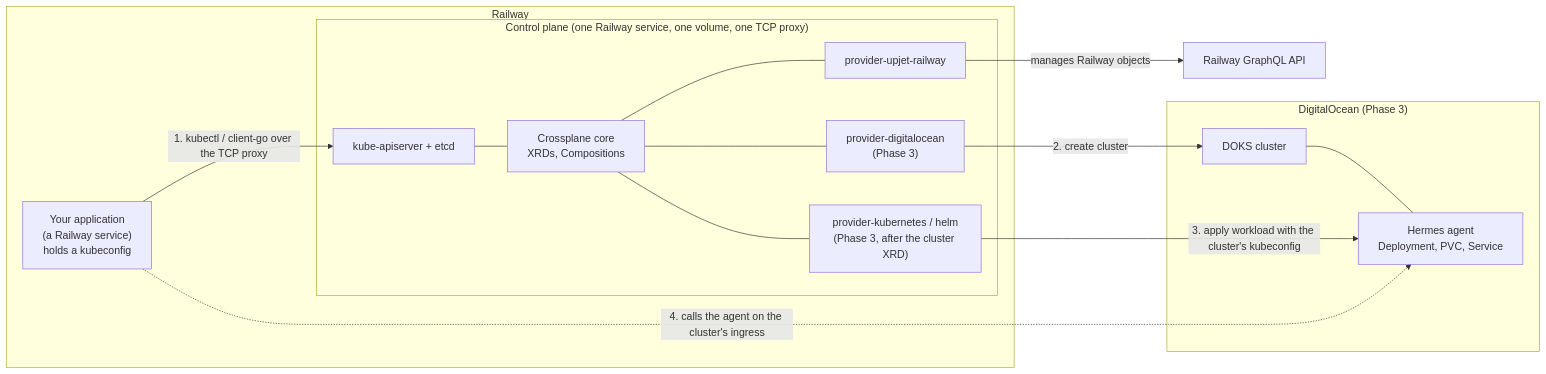
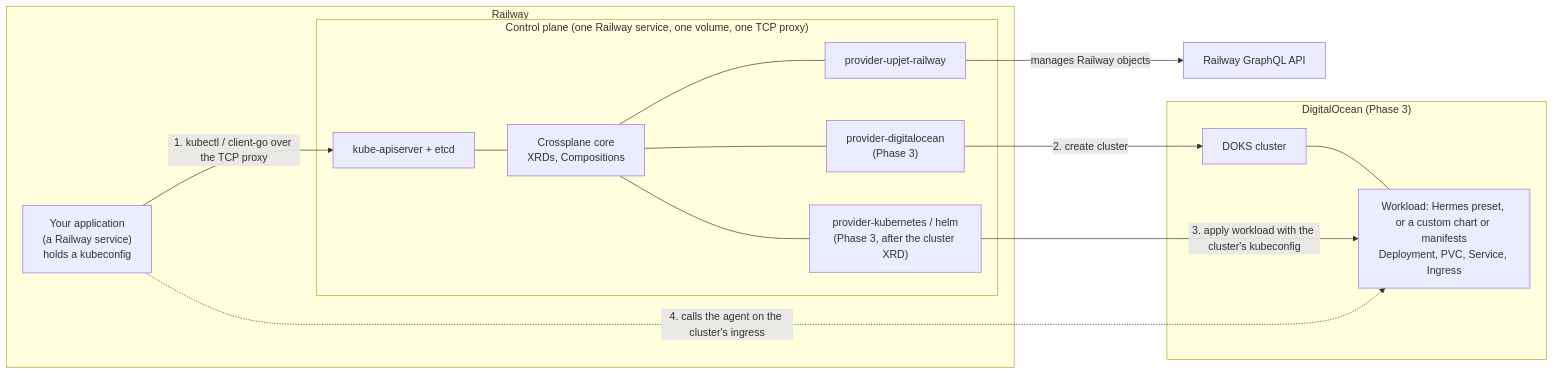
Before and after one commit to brezzy1337/provider-upjet-railway: the first of 2 diagrams in docs/architecture/introduction.md, drawn with Mermaid. The commit also changed other lines of this file and 5 other files, not shown here.

````diff
--- a/docs/architecture/introduction.md
+++ b/docs/architecture/introduction.md
@@ -16,28 +16,28 @@
 ```mermaid
 flowchart LR
     subgraph railway["Railway"]
         app["Your application<br/>(a Railway service)<br/>holds a kubeconfig"]
         subgraph cp["Control plane (one Railway service, one volume, one TCP proxy)"]
             api["kube-apiserver + etcd"]
             xp["Crossplane core<br/>XRDs, Compositions"]
             prw["provider-upjet-railway"]
             pdo["provider-digitalocean<br/>(Phase 3)"]
             pk8s["provider-kubernetes / helm<br/>(Phase 3, after the cluster XRD)"]
             api --- xp
             xp --- prw
             xp --- pdo
             xp --- pk8s
         end
     end
     rwapi["Railway GraphQL API"]
     subgraph do["DigitalOcean (Phase 3)"]
         doks["DOKS cluster"]
-        hermes["Hermes agent<br/>Deployment, PVC, Service"]
+        hermes["Workload: Hermes preset, or a custom chart or manifests<br/>Deployment, PVC, Service, Ingress"]
         doks --- hermes
     end
     app -- "1. kubectl / client-go over the TCP proxy" --> api
     prw -- "manages Railway objects" --> rwapi
     pdo -- "2. create cluster" --> doks
     pk8s -- "3. apply workload with the cluster's kubeconfig" --> hermes
     app -. "4. calls the agent on the cluster's ingress" .-> hermes
 ```
````
